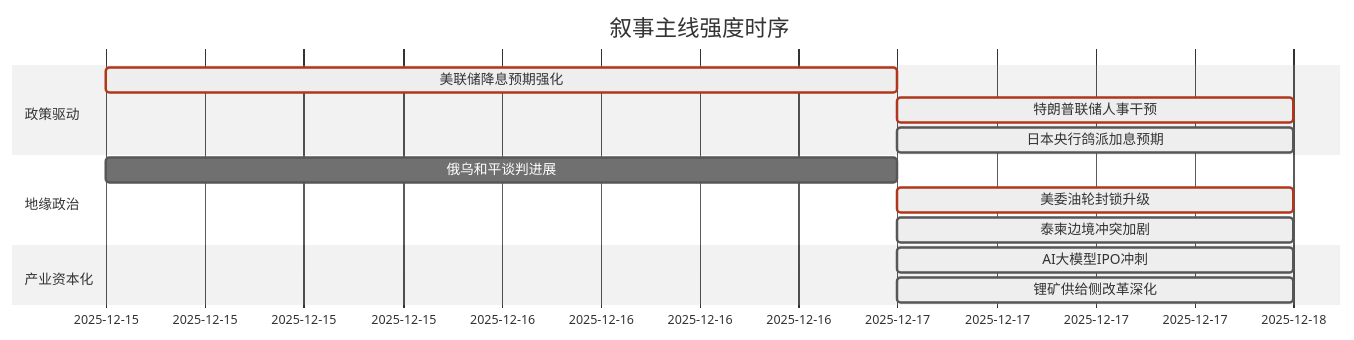
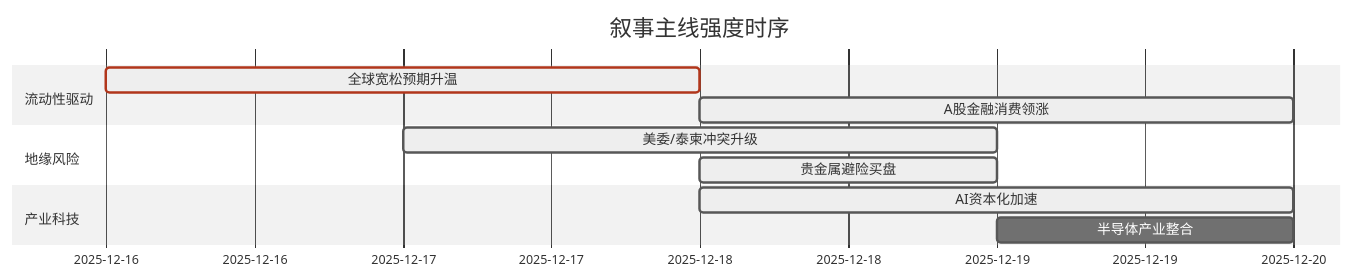
The diagram in README.md (uu5zn/uu5zn.github.io), drawn with Mermaid (neutral theme) before and after one commit. The commit also changed other lines of this file and 16 other files, not shown here.

````diff
--- a/README.md
+++ b/README.md
@@ -65,18 +57,16 @@
 ```mermaid
 gantt
     title 叙事主线强度时序
     dateFormat  YYYY-MM-DD
-    section 政策驱动
-    美联储降息预期强化   :crit, active, 2025-12-15, 2d
-    特朗普联储人事干预   :crit, active, 2025-12-17, 1d
-    日本央行鸽派加息预期 :active, 2025-12-17, 1d
+    section 流动性驱动
+    全球宽松预期升温   :crit, active, 2025-12-16, 2d
+    A股金融消费领涨   :active, 2025-12-18, 2d
     
-    section 地缘政治
-    俄乌和平谈判进展     :2025-12-15, 2d
-    美委油轮封锁升级     :crit, active, 2025-12-17, 1d
-    泰柬边境冲突加剧     :active, 2025-12-17, 1d
+    section 地缘风险
+    美委/泰柬冲突升级  :active, 2025-12-17, 2d
+    贵金属避险买盘     :active, 2025-12-18, 1d
     
-    section 产业资本化
-    AI大模型IPO冲刺     :active, 2025-12-17, 1d
-    锂矿供给侧改革深化   :active, 2025-12-17, 1d
+    section 产业科技
+    AI资本化加速       :active, 2025-12-18, 2d
+    半导体产业整合     :2025-12-19, 1d
 ```
````
